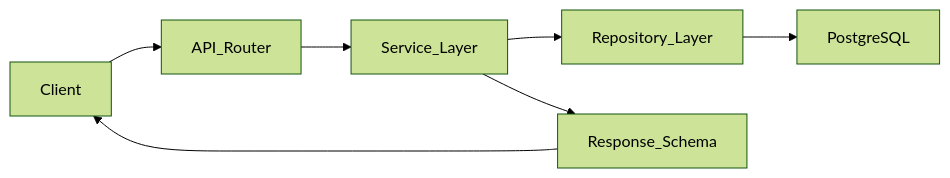
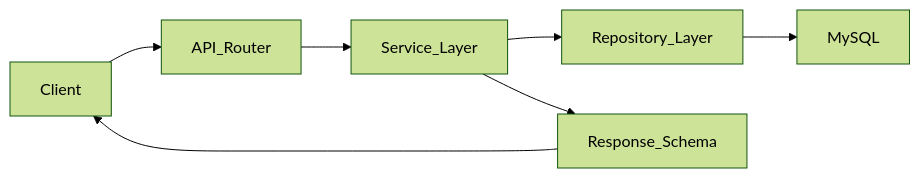
One commit to devwithhao/roomie-match changed the diagram in README.md. Above: the diagram before and after it, drawn with Mermaid (forest theme). The commit also changed other lines of this file and 35 other files, not shown here.

````diff
--- a/README.md
+++ b/README.md
@@ -165,9 +165,9 @@
 ```mermaid
 flowchart LR
     client[Client] --> apiRouter[API_Router]
     apiRouter --> serviceLayer[Service_Layer]
     serviceLayer --> repositoryLayer[Repository_Layer]
-    repositoryLayer --> postgresDB[PostgreSQL]
+    repositoryLayer --> mysqlDB[MySQL]
     serviceLayer --> responseSchema[Response_Schema]
     responseSchema --> client
 ```
````
